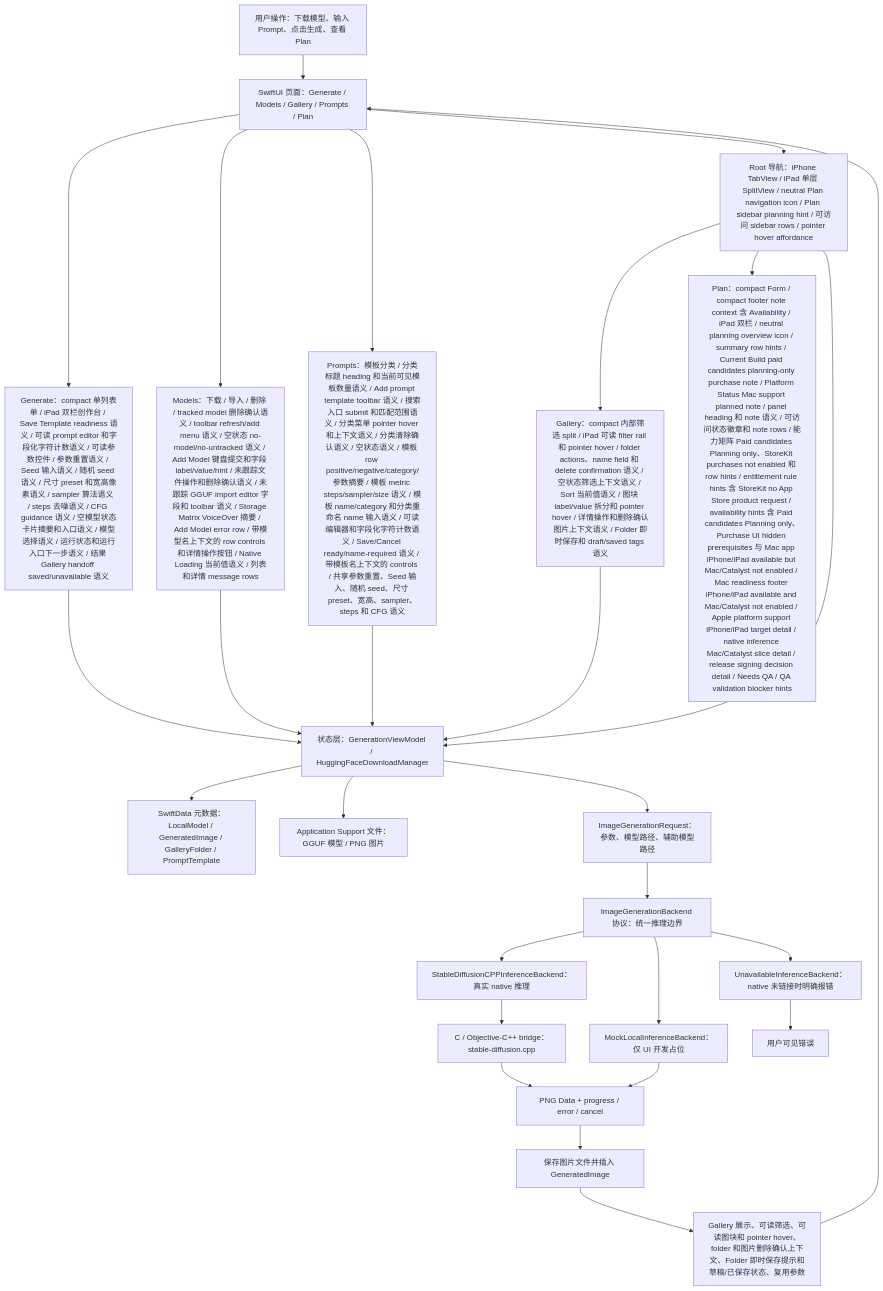
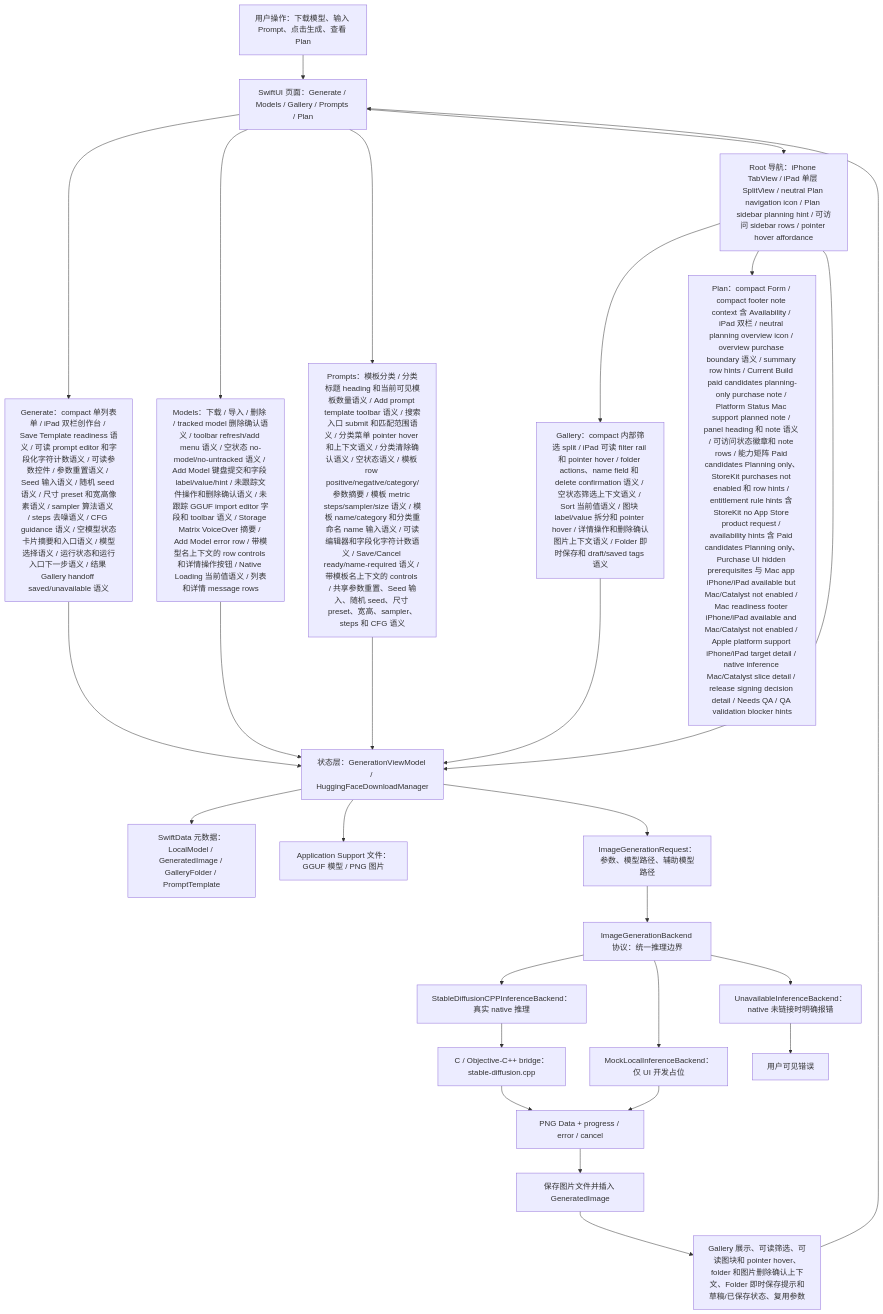
Before and after one commit to Altman-sam114/118: the first of 7 diagrams in md/flow/flowchart.md, drawn with Mermaid. The commit also changed 5 other files, not shown here.

First line of the commit message:
v1.109: Plan overview purchase boundary semantics

````diff
--- a/md/flow/flowchart.md
+++ b/md/flow/flowchart.md
@@ -9,29 +9,29 @@
 ```mermaid
 flowchart TD
   U["用户操作：下载模型、输入 Prompt、点击生成、查看 Plan"] --> UI["SwiftUI 页面：Generate / Models / Gallery / Prompts / Plan"]
   UI --> GENUI["Generate：compact 单列表单 / iPad 双栏创作台 / Save Template readiness 语义 / 可读 prompt editor 和字段化字符计数语义 / 可读参数控件 / 参数重置语义 / Seed 输入语义 / 随机 seed 语义 / 尺寸 preset 和宽高像素语义 / sampler 算法语义 / steps 去噪语义 / CFG guidance 语义 / 空模型状态卡片摘要和入口语义 / 模型选择语义 / 运行状态和运行入口下一步语义 / 结果 Gallery handoff saved/unavailable 语义"]
   UI --> MODELUI["Models：下载 / 导入 / 删除 / tracked model 删除确认语义 / toolbar refresh/add menu 语义 / 空状态 no-model/no-untracked 语义 / Add Model 键盘提交和字段 label/value/hint / 未跟踪文件操作和删除确认语义 / 未跟踪 GGUF import editor 字段和 toolbar 语义 / Storage Matrix VoiceOver 摘要 / Add Model error row / 带模型名上下文的 row controls 和详情操作按钮 / Native Loading 当前值语义 / 列表和详情 message rows"]
   UI --> PROMPTUI["Prompts：模板分类 / 分类标题 heading 和当前可见模板数量语义 / Add prompt template toolbar 语义 / 搜索入口 submit 和匹配范围语义 / 分类菜单 pointer hover 和上下文语义 / 分类清除确认语义 / 空状态语义 / 模板 row positive/negative/category/参数摘要 / 模板 metric steps/sampler/size 语义 / 模板 name/category 和分类重命名 name 输入语义 / 可读编辑器和字段化字符计数语义 / Save/Cancel ready/name-required 语义 / 带模板名上下文的 controls / 共享参数重置、Seed 输入、随机 seed、尺寸 preset、宽高、sampler、steps 和 CFG 语义"]
   UI --> NAV["Root 导航：iPhone TabView / iPad 单层 SplitView / neutral Plan navigation icon / Plan sidebar planning hint / 可访问 sidebar rows / pointer hover affordance"]
   NAV --> GALUI["Gallery：compact 内部筛选 split / iPad 可读 filter rail 和 pointer hover / folder actions、name field 和 delete confirmation 语义 / 空状态筛选上下文语义 / Sort 当前值语义 / 图块 label/value 拆分和 pointer hover / 详情操作和删除确认图片上下文语义 / Folder 即时保存和 draft/saved tags 语义"]
-  NAV --> PLANUI["Plan：compact Form / compact footer note context 含 Availability / iPad 双栏 / neutral planning overview icon / summary row hints / Current Build paid candidates planning-only purchase note / Platform Status Mac support planned note / panel heading 和 note 语义 / 可访问状态徽章和 note rows / 能力矩阵 Paid candidates Planning only、StoreKit purchases not enabled 和 row hints / entitlement rule hints 含 StoreKit no App Store product request / availability hints 含 Paid candidates Planning only、Purchase UI hidden prerequisites 与 Mac app iPhone/iPad available but Mac/Catalyst not enabled / Mac readiness footer iPhone/iPad available and Mac/Catalyst not enabled / Apple platform support iPhone/iPad target detail / native inference Mac/Catalyst slice detail / release signing decision detail / Needs QA / QA validation blocker hints"]
+  NAV --> PLANUI["Plan：compact Form / compact footer note context 含 Availability / iPad 双栏 / neutral planning overview icon / overview purchase boundary 语义 / summary row hints / Current Build paid candidates planning-only purchase note / Platform Status Mac support planned note / panel heading 和 note 语义 / 可访问状态徽章和 note rows / 能力矩阵 Paid candidates Planning only、StoreKit purchases not enabled 和 row hints / entitlement rule hints 含 StoreKit no App Store product request / availability hints 含 Paid candidates Planning only、Purchase UI hidden prerequisites 与 Mac app iPhone/iPad available but Mac/Catalyst not enabled / Mac readiness footer iPhone/iPad available and Mac/Catalyst not enabled / Apple platform support iPhone/iPad target detail / native inference Mac/Catalyst slice detail / release signing decision detail / Needs QA / QA validation blocker hints"]
   NAV --> VM["状态层：GenerationViewModel / HuggingFaceDownloadManager"]
   GENUI --> VM
   MODELUI --> VM
   PROMPTUI --> VM
   GALUI --> VM
   VM --> SD["SwiftData 元数据：LocalModel / GeneratedImage / GalleryFolder / PromptTemplate"]
   VM --> FS["Application Support 文件：GGUF 模型 / PNG 图片"]
   VM --> REQ["ImageGenerationRequest：参数、模型路径、辅助模型路径"]
   REQ --> IFACE["ImageGenerationBackend 协议：统一推理边界"]
   IFACE --> NATIVE["StableDiffusionCPPInferenceBackend：真实 native 推理"]
   IFACE --> MOCK["MockLocalInferenceBackend：仅 UI 开发占位"]
   IFACE --> OFF["UnavailableInferenceBackend：native 未链接时明确报错"]
   NATIVE --> BRIDGE["C / Objective-C++ bridge：stable-diffusion.cpp"]
   BRIDGE --> PNG["PNG Data + progress / error / cancel"]
   MOCK --> PNG
   OFF --> ERR["用户可见错误"]
   PNG --> SAVE["保存图片文件并插入 GeneratedImage"]
   SAVE --> GALLERY["Gallery 展示、可读筛选、可读图块和 pointer hover、folder 和图片删除确认上下文、Folder 即时保存提示和草稿/已保存状态、复用参数"]
   GALLERY --> UI
 ```
````
